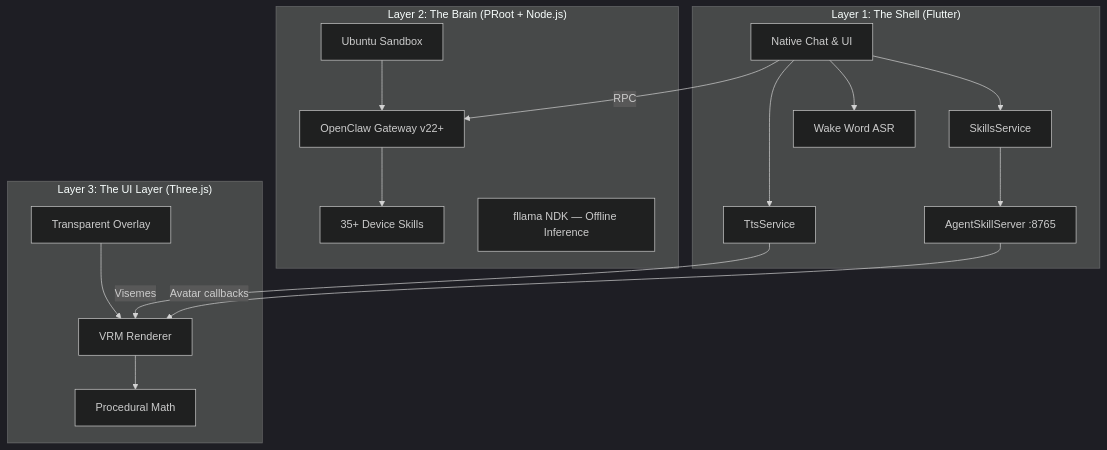
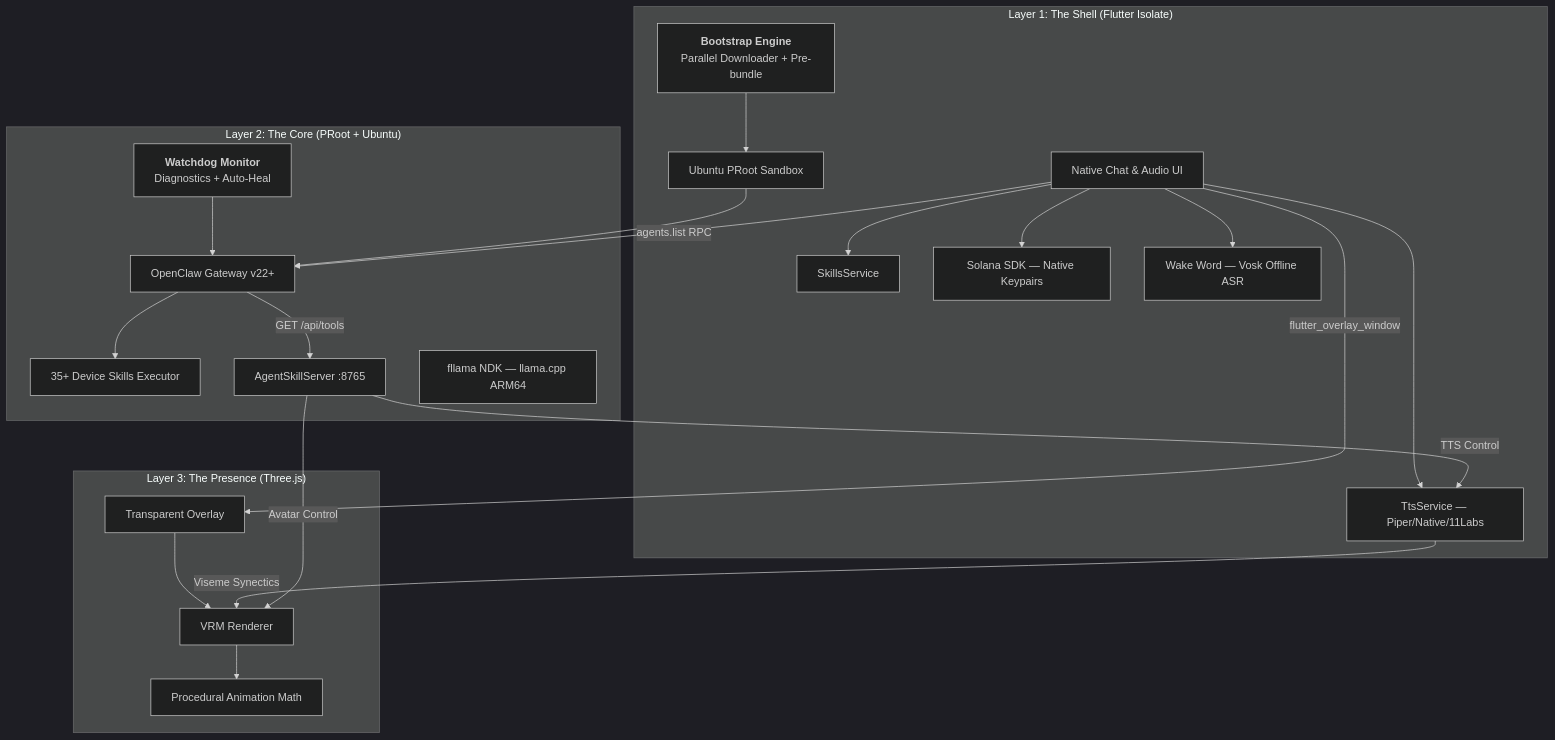
One commit to vmbbz/plawie changed the diagram in README.md. Above: the diagram before and after it, drawn with Mermaid (dark theme). The commit also changed other lines of this file, not shown here.

Commit message:
docs: audit and update architecture diagrams to reflect parallel download and self-healing

````diff
--- a/README.md
+++ b/README.md
@@ -138,24 +125,29 @@
 ```mermaid
 graph TD
-    subgraph "Layer 1: The Shell (Flutter)"
-        A[Native Chat & UI] --> B[SkillsService]
-        A --> D[TtsService]
-        A --> W[Wake Word ASR]
-        B --> K[AgentSkillServer :8765]
+    subgraph "Layer 1: The Shell (Flutter Isolate)"
+        A[Native Chat & Audio UI] --> B[SkillsService]
+        A --> C[Solana SDK — Native Keypairs]
+        A --> D[TtsService — Piper/Native/11Labs]
+        A --> W[Wake Word — Vosk Offline ASR]
+        Z[<b>Bootstrap Engine</b><br/>Parallel Downloader + Pre-bundle] --> E
     end
 
-    subgraph "Layer 2: The Brain (PRoot + Node.js)"
-        E[Ubuntu Sandbox] --> F[OpenClaw Gateway v22+]
-        F --> G[35+ Device Skills]
-        L[fllama NDK — Offline Inference]
+    subgraph "Layer 2: The Core (PRoot + Ubuntu)"
+        E[Ubuntu PRoot Sandbox] --> F[OpenClaw Gateway v22+]
+        F --> G[35+ Device Skills Executor]
+        F -- "GET /api/tools" --> K
+        L[fllama NDK — llama.cpp ARM64]
+        M[<b>Watchdog Monitor</b><br/>Diagnostics + Auto-Heal] --> F
     end
 
-    subgraph "Layer 3: The UI Layer (Three.js)"
+    subgraph "Layer 3: The Presence (Three.js)"
         H[Transparent Overlay] --> I[VRM Renderer]
-        I --> J[Procedural Math]
+        I --> J[Procedural Animation Math]
     end
 
-    A -- "RPC" --> F
-    D -- "Visemes" --> I
-    K -- "Avatar callbacks" --> I
+    A -- "flutter_overlay_window" --> H
+    D -- "Viseme Synectics" --> I
+    A -- "agents.list RPC" --> F
+    K[AgentSkillServer :8765] -- "Avatar Control" --> I
+    K -- "TTS Control" --> D
 ```
````
